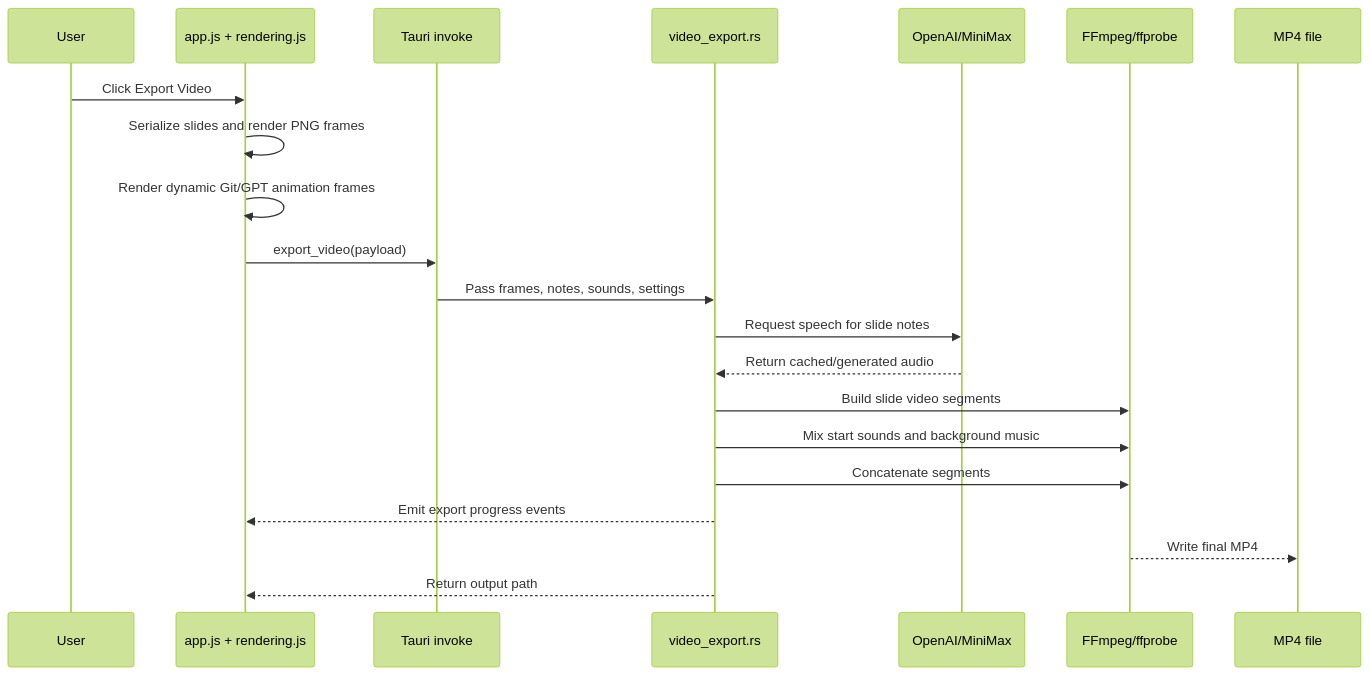
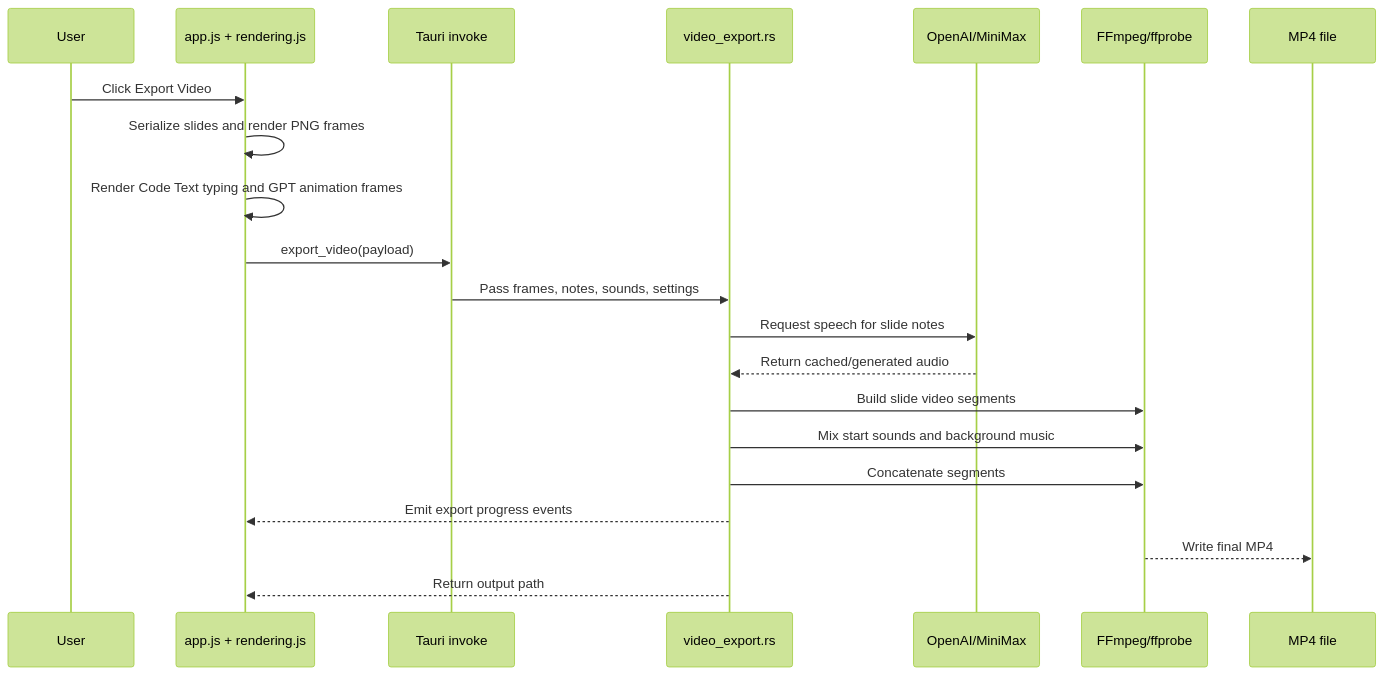
One commit to hypulse/slide-cut changed the second of 2 diagrams in README.md. Above: the diagram before and after it, drawn with Mermaid (forest theme). The commit also changed other lines of this file and 6 other files, not shown here.

Commit message:
Code Text 타이핑 애니메이션 통합

````diff
--- a/README.md
+++ b/README.md
@@ -166,24 +166,24 @@
 ```mermaid
 sequenceDiagram
   participant User
   participant Frontend as app.js + rendering.js
   participant Tauri as Tauri invoke
   participant Rust as video_export.rs
   participant TTS as OpenAI/MiniMax
   participant FFmpeg as FFmpeg/ffprobe
   participant Output as MP4 file
 
   User->>Frontend: Click Export Video
   Frontend->>Frontend: Serialize slides and render PNG frames
-  Frontend->>Frontend: Render dynamic Git/GPT animation frames
+  Frontend->>Frontend: Render Code Text typing and GPT animation frames
   Frontend->>Tauri: export_video(payload)
   Tauri->>Rust: Pass frames, notes, sounds, settings
   Rust->>TTS: Request speech for slide notes
   TTS-->>Rust: Return cached/generated audio
   Rust->>FFmpeg: Build slide video segments
   Rust->>FFmpeg: Mix start sounds and background music
   Rust->>FFmpeg: Concatenate segments
   Rust-->>Frontend: Emit export progress events
   FFmpeg-->>Output: Write final MP4
   Rust-->>Frontend: Return output path
 ```
````
